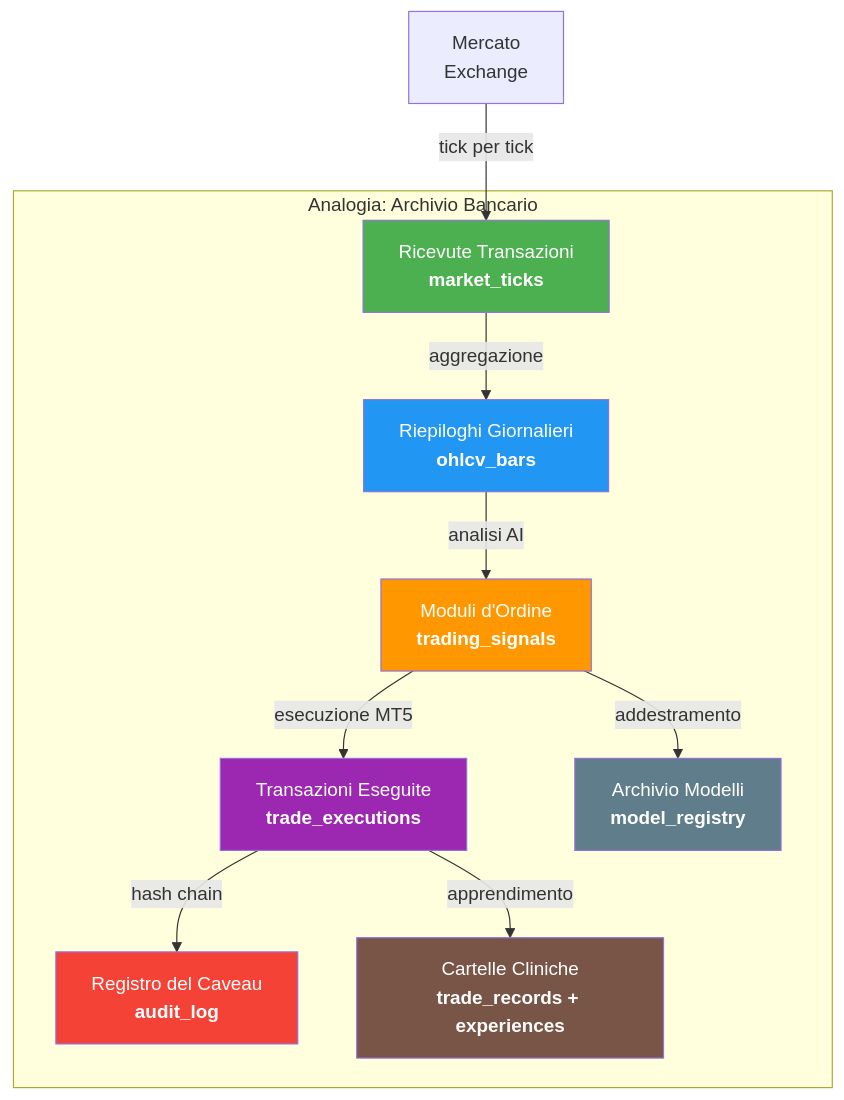
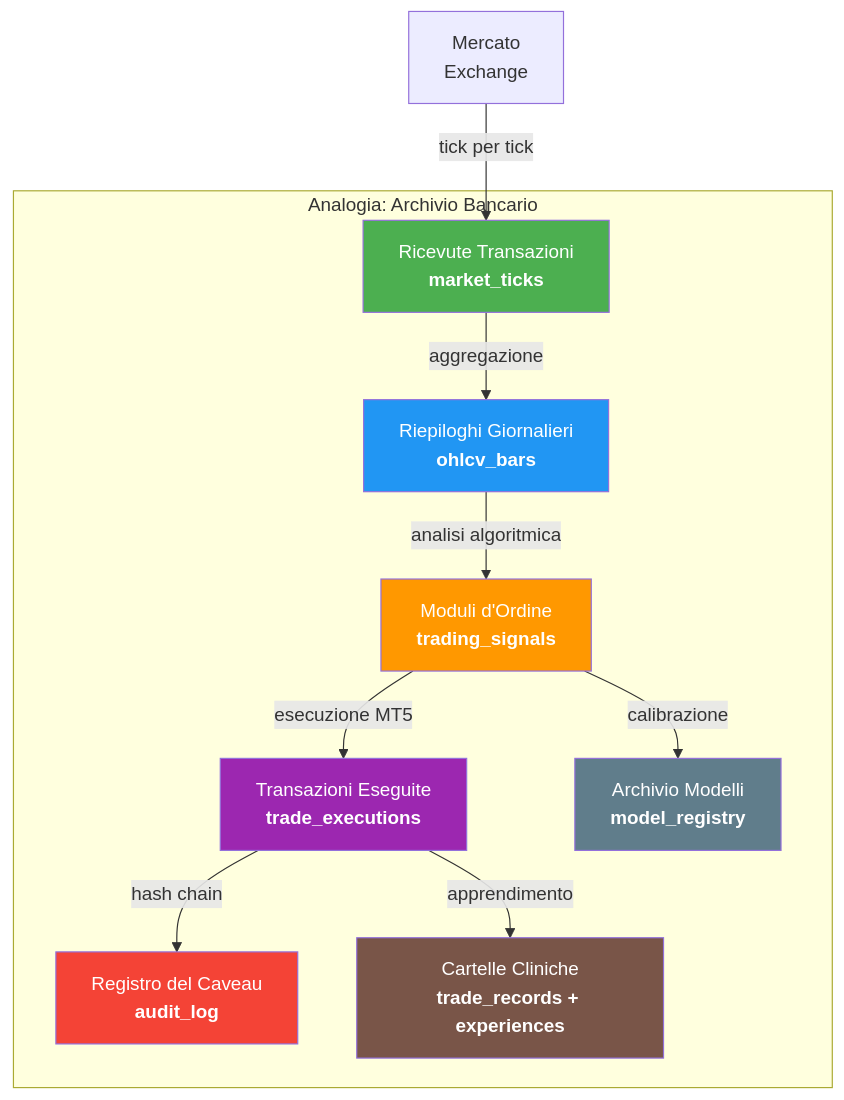
The first of 8 diagrams in docs/architecture/sistema-italiano/07_DATABASE_E_STORAGE.md (renanaugustomacena-ux/invest-smart), drawn with Mermaid before and after one commit. The commit also changed other lines of this file, not shown here.

````diff
--- a/docs/architecture/sistema-italiano/07_DATABASE_E_STORAGE.md
+++ b/docs/architecture/sistema-italiano/07_DATABASE_E_STORAGE.md
@@ -52,28 +52,28 @@
 ```mermaid
 graph TD
     subgraph "Analogia: Archivio Bancario"
         A["Ricevute Transazioni<br/><b>market_ticks</b>"]
         B["Riepiloghi Giornalieri<br/><b>ohlcv_bars</b>"]
         C["Moduli d'Ordine<br/><b>trading_signals</b>"]
         D["Transazioni Eseguite<br/><b>trade_executions</b>"]
         E["Registro del Caveau<br/><b>audit_log</b>"]
         F["Archivio Modelli<br/><b>model_registry</b>"]
         G["Cartelle Cliniche<br/><b>trade_records + experiences</b>"]
     end
 
     H["Mercato<br/>Exchange"] -->|"tick per tick"| A
     A -->|"aggregazione"| B
-    B -->|"analisi AI"| C
+    B -->|"analisi algoritmica"| C
     C -->|"esecuzione MT5"| D
     D -->|"hash chain"| E
-    C -->|"addestramento"| F
+    C -->|"calibrazione"| F
     D -->|"apprendimento"| G
 
     style A fill:#4CAF50,color:white
     style B fill:#2196F3,color:white
     style C fill:#FF9800,color:white
     style D fill:#9C27B0,color:white
     style E fill:#F44336,color:white
     style F fill:#607D8B,color:white
     style G fill:#795548,color:white
 ```
````
